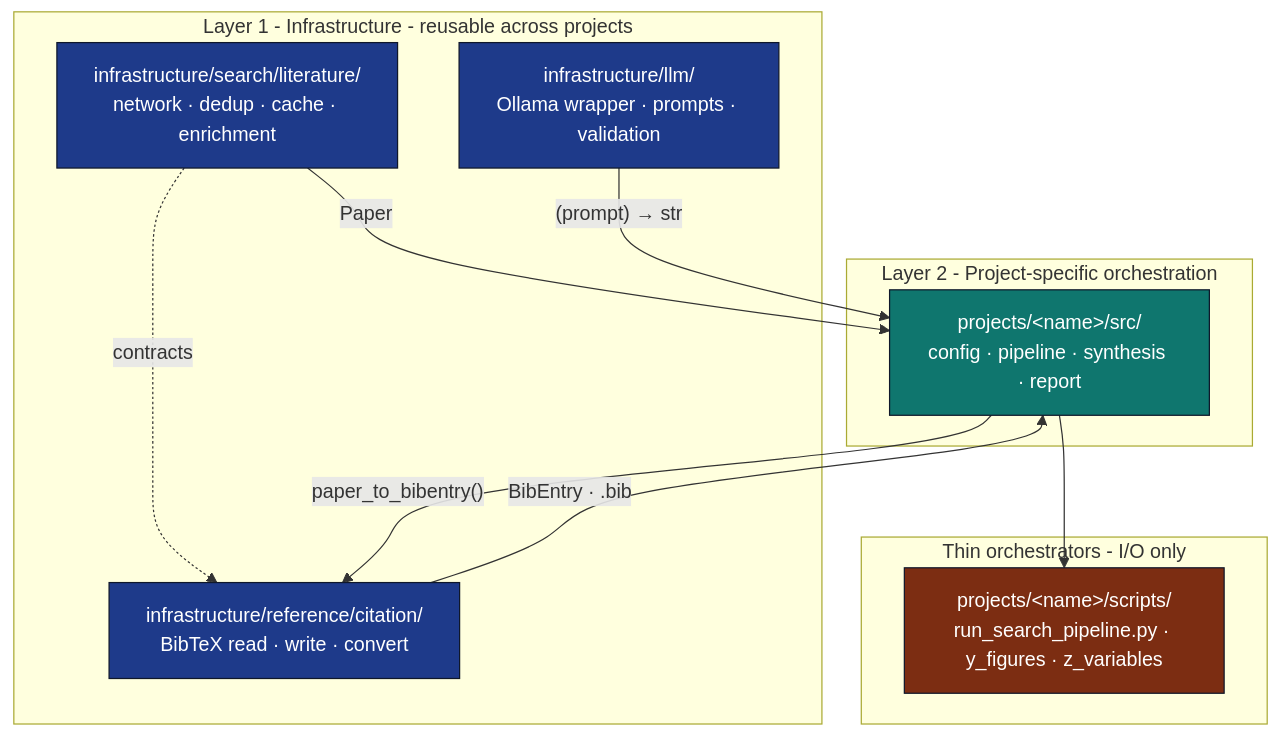
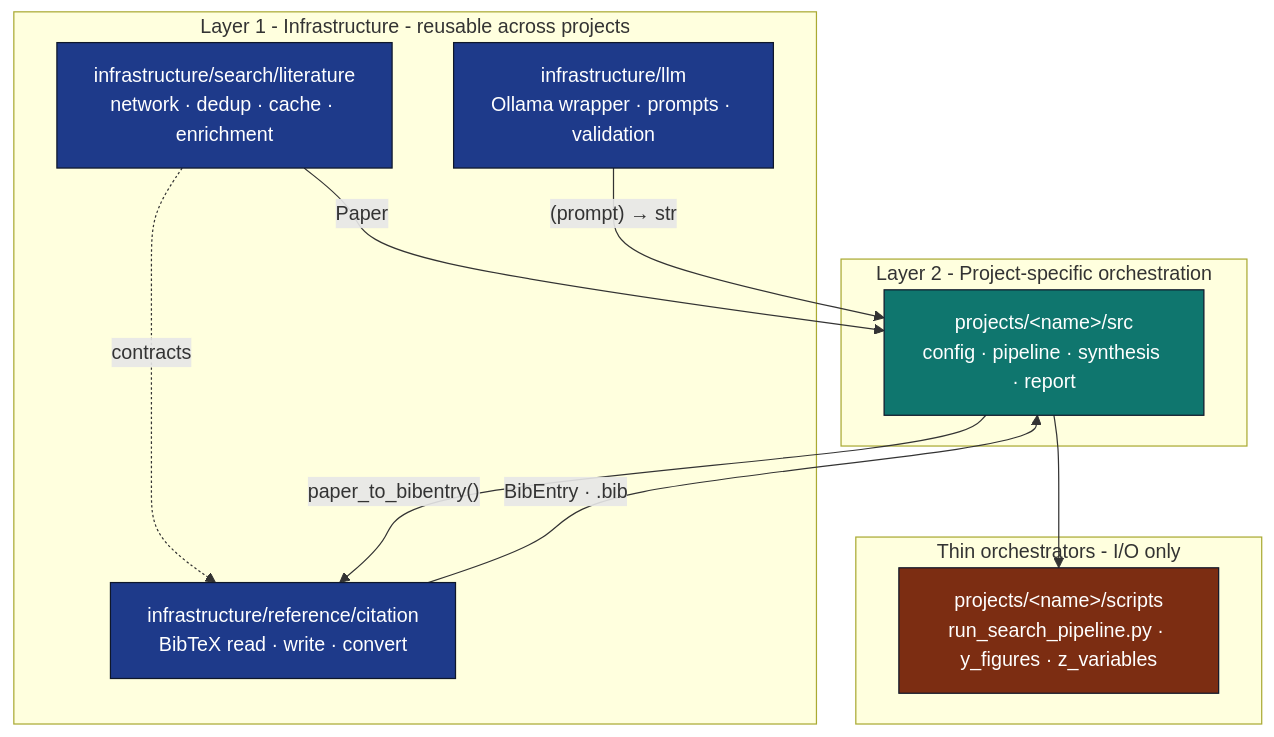
Before and after one commit to docxology/template: the diagram in docs/architecture/discovery-export-synthesis.md, drawn with Mermaid. The commit also changed 164 other files, not shown here.

````diff
--- a/docs/architecture/discovery-export-synthesis.md
+++ b/docs/architecture/discovery-export-synthesis.md
@@ -19,31 +19,31 @@
 ```mermaid
 flowchart TB
     subgraph L1 [Layer 1 - Infrastructure - reusable across projects]
-        SEARCH["infrastructure/search/literature/<br/>network · dedup · cache · enrichment"]
-        REF["infrastructure/reference/citation/<br/>BibTeX read · write · convert"]
-        LLM["infrastructure/llm/<br/>Ollama wrapper · prompts · validation"]
+        SEARCH["infrastructure/search/literature<br/>network · dedup · cache · enrichment"]
+        REF["infrastructure/reference/citation<br/>BibTeX read · write · convert"]
+        LLM["infrastructure/llm<br/>Ollama wrapper · prompts · validation"]
     end
 
     subgraph L2 [Layer 2 - Project-specific orchestration]
-        SRC["projects/&lt;name&gt;/src/<br/>config · pipeline · synthesis · report"]
+        SRC["projects/&lt;name&gt;/src<br/>config · pipeline · synthesis · report"]
     end
 
     subgraph SCRIPTS [Thin orchestrators - I/O only]
-        SCR["projects/&lt;name&gt;/scripts/<br/>run_search_pipeline.py · y_figures · z_variables"]
+        SCR["projects/&lt;name&gt;/scripts<br/>run_search_pipeline.py · y_figures · z_variables"]
     end
 
     SEARCH -- "Paper" --> SRC
     REF   -- "BibEntry · .bib" --> SRC
     LLM   -- "(prompt) → str" --> SRC
     SRC   --> SCR
 
     SEARCH -.contracts.-> REF
     SRC   -- "paper_to_bibentry()" --> REF
 
     classDef l1 fill:#1e3a8a,stroke:#0f172a,color:#fff
     classDef l2 fill:#0f766e,stroke:#0f172a,color:#fff
     classDef sc fill:#7c2d12,stroke:#0f172a,color:#fff
     class SEARCH,REF,LLM l1
     class SRC l2
     class SCR sc
 ```
````
